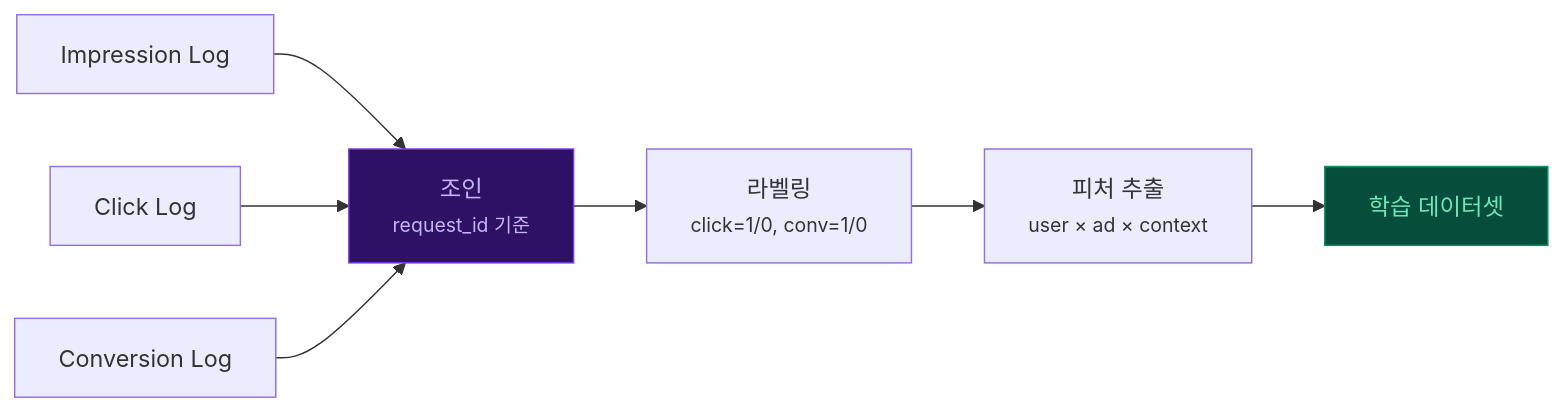
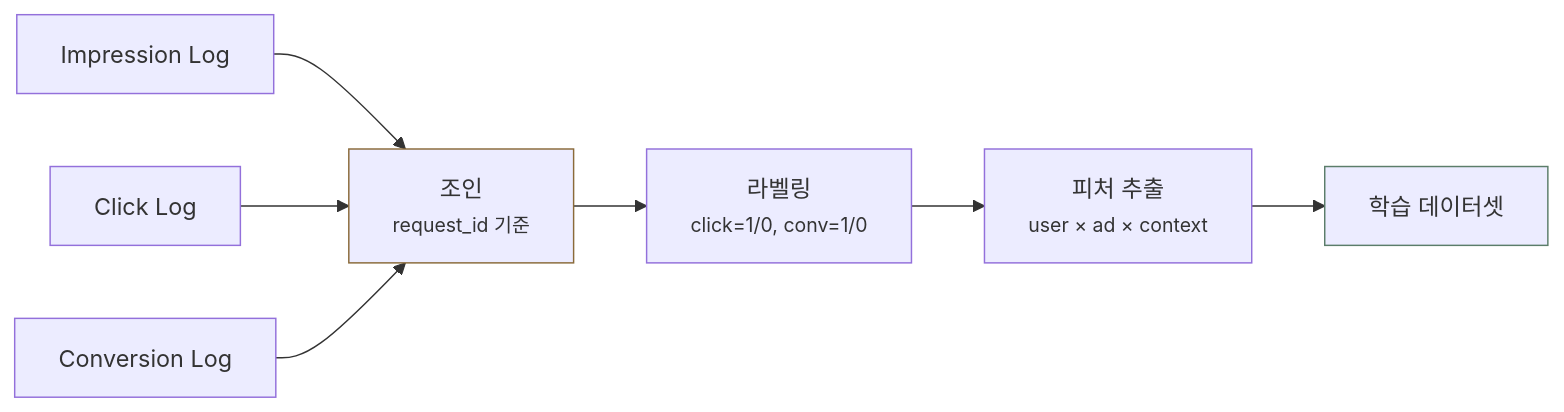
One commit to chkimsu/adtech-blog changed the third of 5 diagrams in posts/ad-log-system.md. Above: the diagram before and after it, drawn with Mermaid. The commit also changed other lines of this file and 40 other files, not shown here.

````diff
--- a/posts/ad-log-system.md
+++ b/posts/ad-log-system.md
@@ -263,12 +263,12 @@
 ```mermaid
 graph LR
     A["Impression Log"] --> D["조인<br/><small>request_id 기준</small>"]
     B["Click Log"] --> D
     C["Conversion Log"] --> D
     D --> E["라벨링<br/><small>click=1/0, conv=1/0</small>"]
     E --> F["피처 추출<br/><small>user × ad × context</small>"]
     F --> G["학습 데이터셋"]
 
-    style D fill:#2e1065,stroke:#7c3aed,color:#c4b5fd
-    style G fill:#064e3b,stroke:#059669,color:#6ee7b7
+    style D stroke:#8a6a3a
+    style G stroke:#5b7d6a
 ```
````
